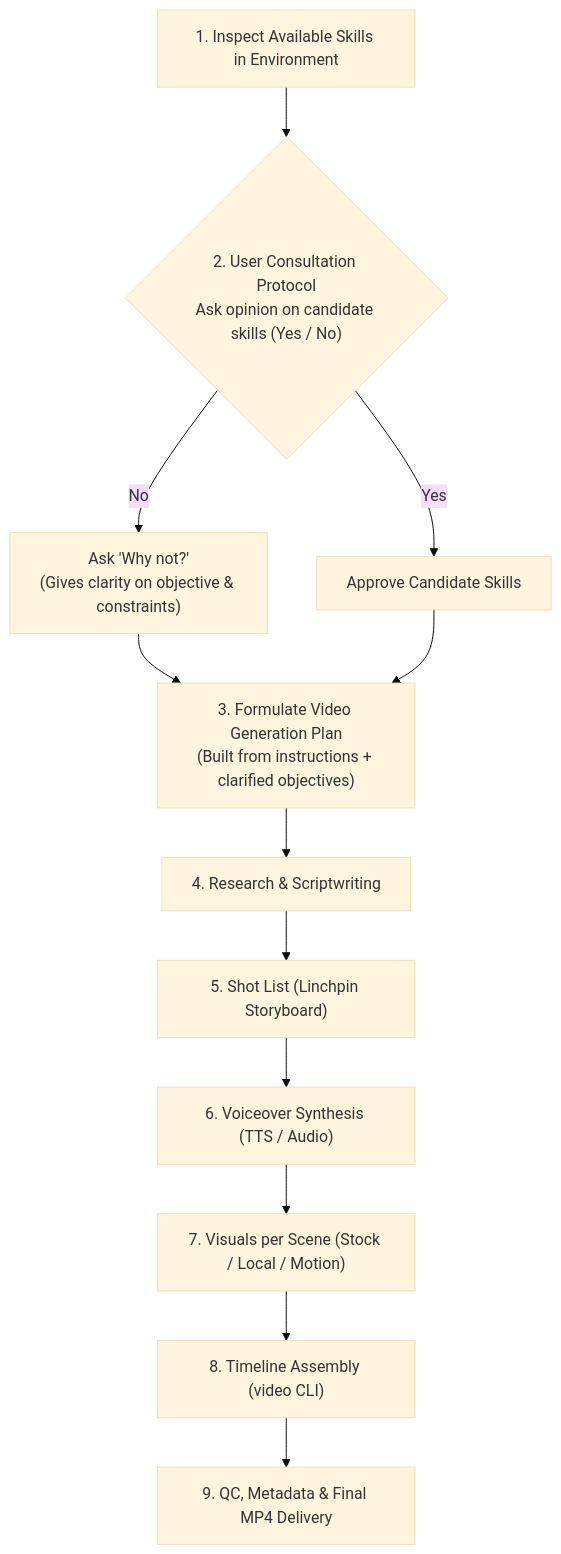
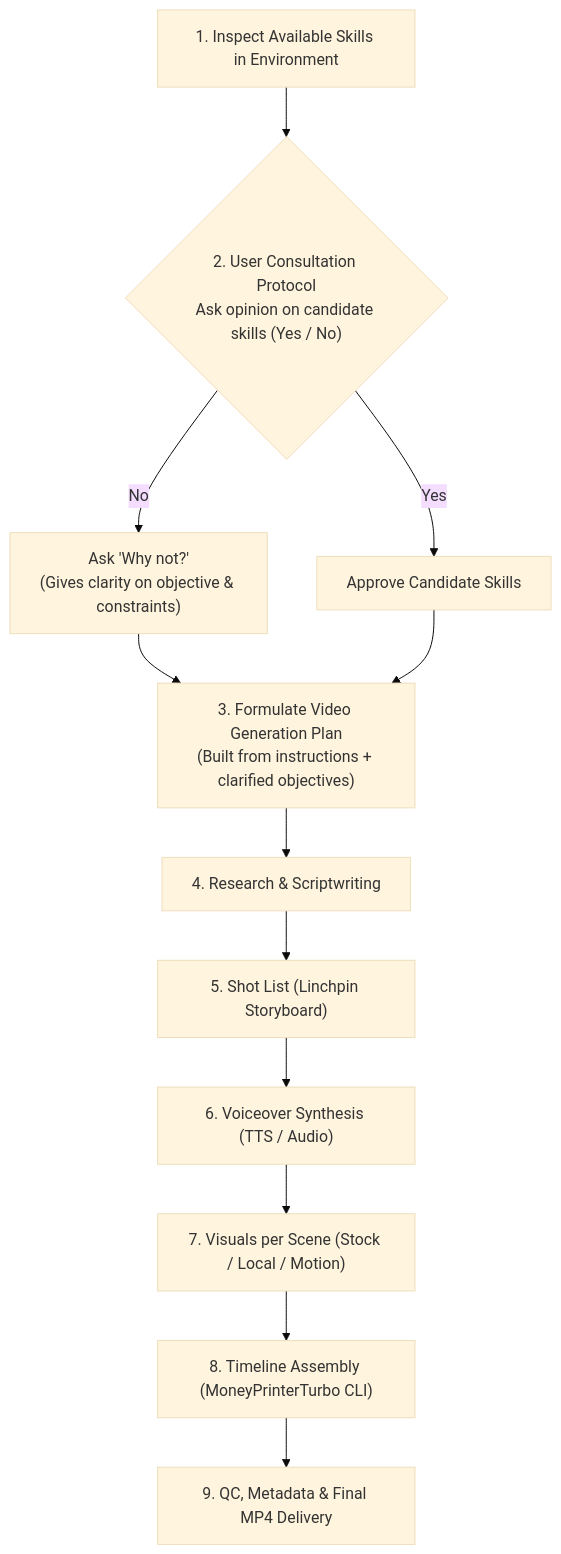
Before and after one commit to aakashdandekar/Agent-Skills: the diagram in skills/video-generation/SKILL.md, drawn with Mermaid (base theme). The commit also changed other lines of this file and 1 other file, not shown here.

````diff
--- a/skills/video-generation/SKILL.md
+++ b/skills/video-generation/SKILL.md
@@ -91,14 +98,14 @@
 ```mermaid
 flowchart TD
     A["1. Inspect Available Skills in Environment"] --> B{"2. User Consultation Protocol\nAsk opinion on candidate skills (Yes / No)"}
     B -- "No" --> C["Ask 'Why not?'\n(Gives clarity on objective & constraints)"]
     C --> D["3. Formulate Video Generation Plan\n(Built from instructions + clarified objectives)"]
     B -- "Yes" --> E["Approve Candidate Skills"]
     E --> D
     D --> F["4. Research & Scriptwriting"]
     F --> G["5. Shot List (Linchpin Storyboard)"]
     G --> H["6. Voiceover Synthesis (TTS / Audio)"]
     H --> I["7. Visuals per Scene (Stock / Local / Motion)"]
-    I --> J["8. Timeline Assembly (video CLI)"]
+    I --> J["8. Timeline Assembly (MoneyPrinterTurbo CLI)"]
     J --> K["9. QC, Metadata & Final MP4 Delivery"]
 ```
````
